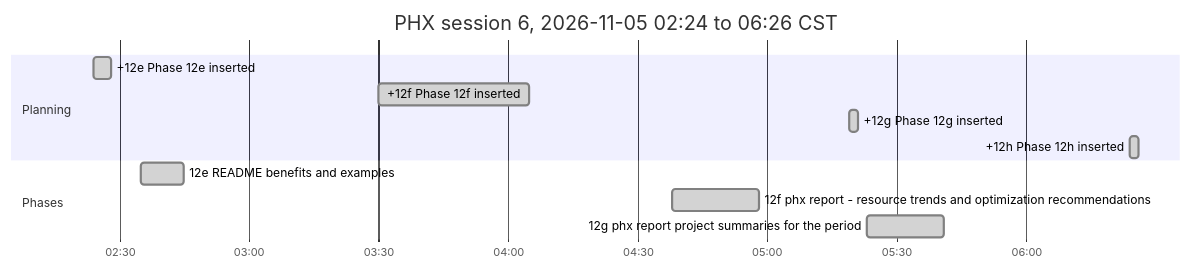
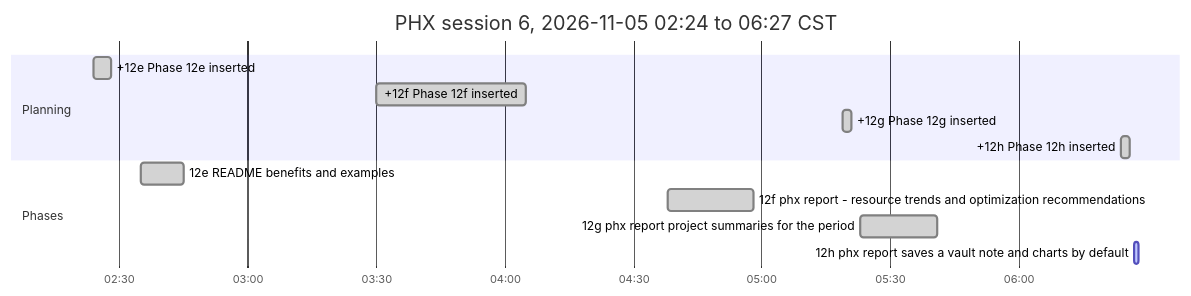
The sixth of 6 diagrams in docs/PHX_FINAL-REPORT.md (antonizick/PhaseHypervisor), drawn with Mermaid before and after one commit. The commit also changed other lines of this file and 2 other files, not shown here.

Commit message:
docs(plan): refresh timeline

````diff
--- a/docs/PHX_FINAL-REPORT.md
+++ b/docs/PHX_FINAL-REPORT.md
@@ -162,15 +162,16 @@
 ```mermaid
 gantt
-    title PHX session 6, 2026-11-05 02:24 to 06:26 CST
+    title PHX session 6, 2026-11-05 02:24 to 06:27 CST
     dateFormat YYYY-MM-DD HH:mm
     axisFormat %H:%M
     section Planning
     +12e Phase 12e inserted :done, plan4, 2026-11-05 02:24, 2026-11-05 02:28
     +12f Phase 12f inserted :done, plan5, 2026-11-05 03:30, 2026-11-05 04:05
     +12g Phase 12g inserted :done, plan6, 2026-11-05 05:19, 2026-11-05 05:21
     +12h Phase 12h inserted :done, plan7, 2026-11-05 06:24, 2026-11-05 06:26
     section Phases
     12e README benefits and examples :done, p12es6, 2026-11-05 02:35, 2026-11-05 02:45
     12f phx report - resource trends and optimization recommendations :done, p12fs6, 2026-11-05 04:38, 2026-11-05 04:58
     12g phx report project summaries for the period :done, p12gs6, 2026-11-05 05:23, 2026-11-05 05:41
+    12h phx report saves a vault note and charts by default :active, p12hs6, 2026-11-05 06:27, 2026-11-05 06:28
 ```
````
